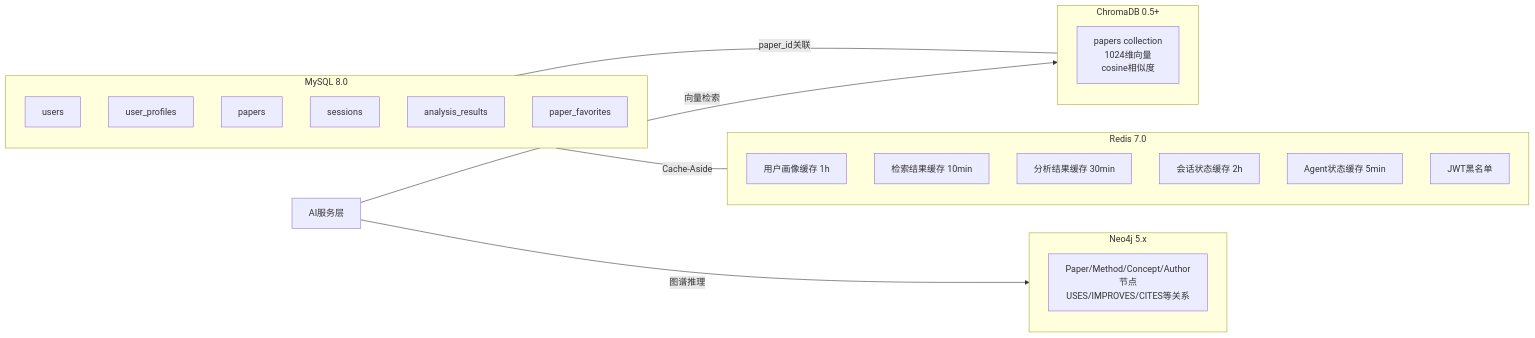
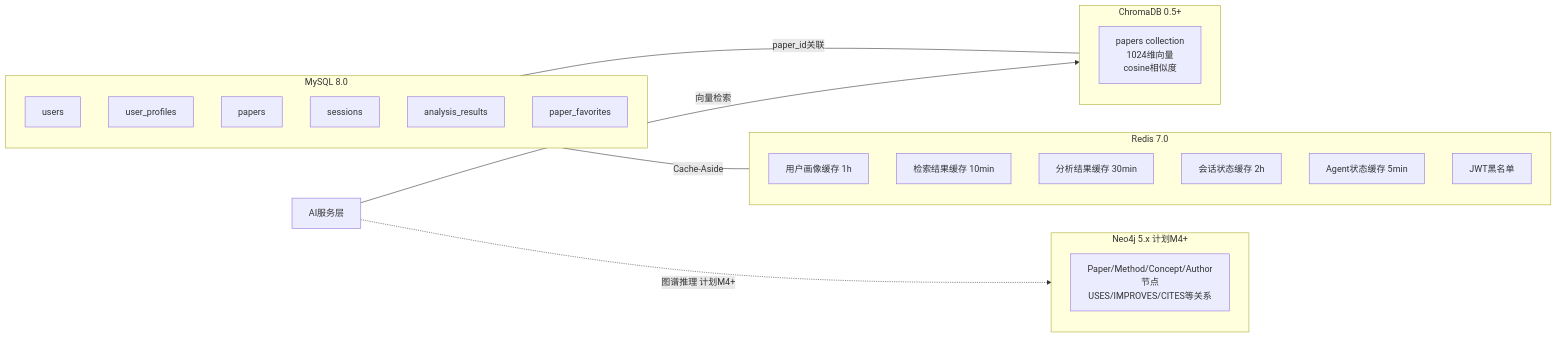
The second of 4 diagrams in AGENTS.md (Fsu7/Veritas-), drawn with Mermaid before and after one commit. The commit also changed other lines of this file and 89 other files, not shown here.

````diff
--- a/AGENTS.md
+++ b/AGENTS.md
@@ -64,29 +64,29 @@
 ```mermaid
 graph LR
     subgraph MySQL8[MySQL 8.0]
         T1[users]
         T2[user_profiles]
         T3[papers]
         T4[sessions]
         T5[analysis_results]
         T6[paper_favorites]
     end
     subgraph Redis7[Redis 7.0]
         C1[用户画像缓存 1h]
         C2[检索结果缓存 10min]
         C3[分析结果缓存 30min]
         C4[会话状态缓存 2h]
         C5[Agent状态缓存 5min]
         C6[JWT黑名单]
     end
     subgraph Chroma[ChromaDB 0.5+]
         V1[papers collection<br/>1024维向量<br/>cosine相似度]
     end
-    subgraph Neo4j[Neo4j 5.x]
+    subgraph Neo4j[Neo4j 5.x 计划M4+]
         G1[Paper/Method/Concept/Author节点<br/>USES/IMPROVES/CITES等关系]
     end
     MySQL8 ---|paper_id关联| Chroma
     MySQL8 ---|Cache-Aside| Redis7
     AI服务层 -->|向量检索| Chroma
-    AI服务层 -->|图谱推理| Neo4j
+    AI服务层 -.->|图谱推理 计划M4+| Neo4j
 ```
````
